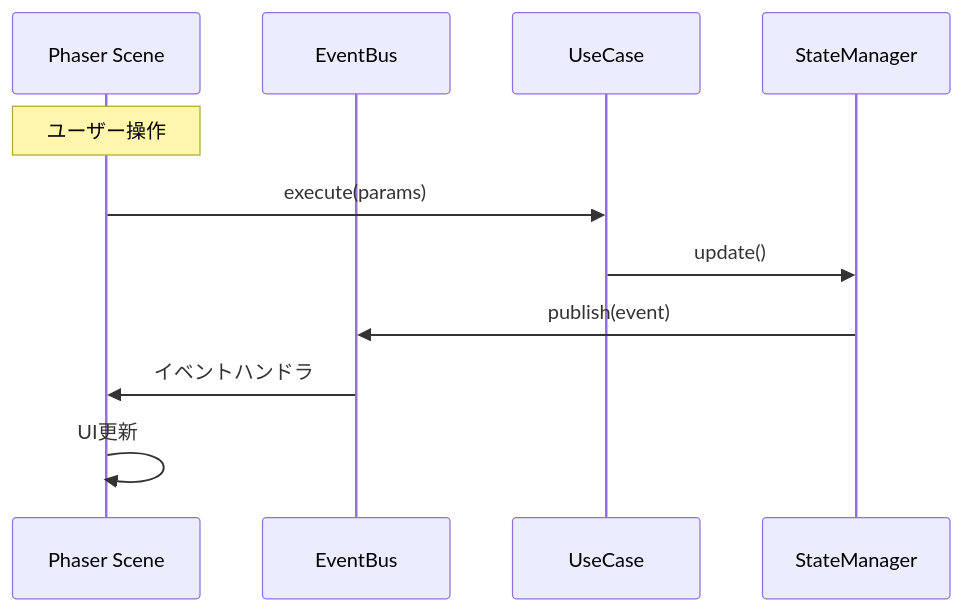
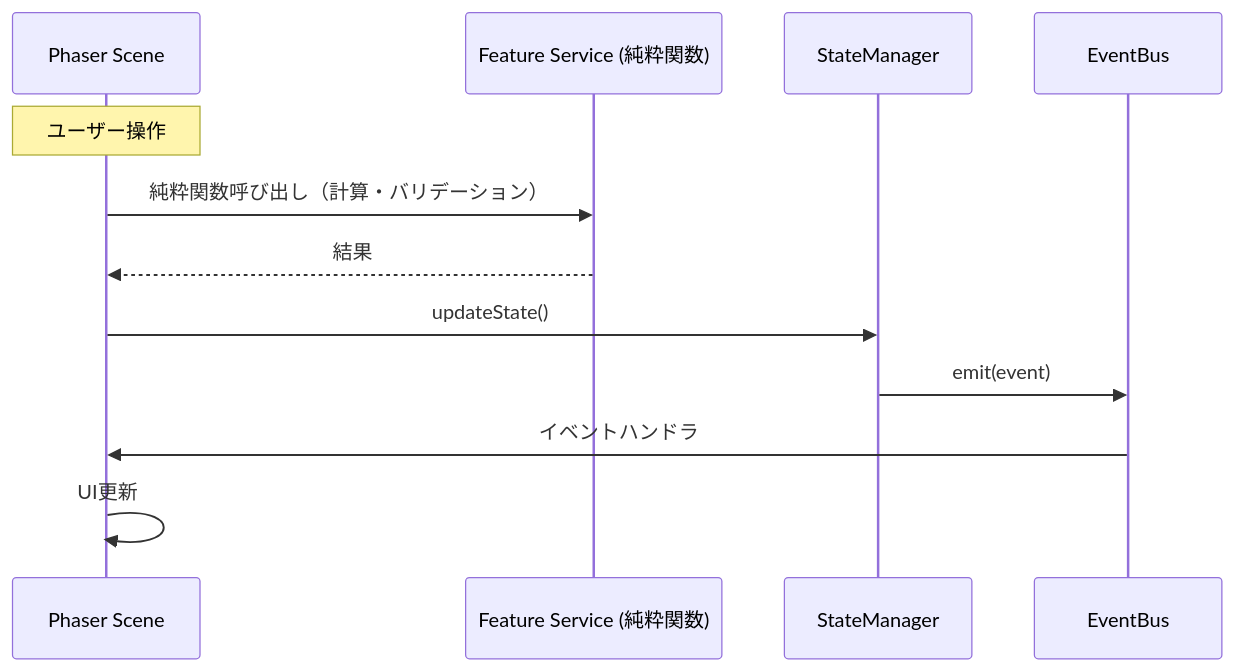
One commit to yaguma/atelier changed the third of 3 diagrams in docs/design/atelier-guild-rank/architecture-phaser.md. Above: the diagram before and after it, drawn with Mermaid. The commit also changed other lines of this file and 2 other files, not shown here.

First line of the commit message:
docs: Feature-Based Architecture移行に伴うドキュメント更新（TASK-0101）

````diff
--- a/docs/design/atelier-guild-rank/architecture-phaser.md
+++ b/docs/design/atelier-guild-rank/architecture-phaser.md
@@ -206,14 +207,15 @@
 ```mermaid
 sequenceDiagram
     participant Scene as Phaser Scene
+    participant Feature as Feature Service (純粋関数)
+    participant State as StateManager
     participant EventBus as EventBus
-    participant UseCase as UseCase
-    participant State as StateManager
 
     Note over Scene: ユーザー操作
-    Scene->>UseCase: execute(params)
-    UseCase->>State: update()
-    State->>EventBus: publish(event)
+    Scene->>Feature: 純粋関数呼び出し（計算・バリデーション）
+    Feature-->>Scene: 結果
+    Scene->>State: updateState()
+    State->>EventBus: emit(event)
     EventBus->>Scene: イベントハンドラ
     Scene->>Scene: UI更新
 ```
````
